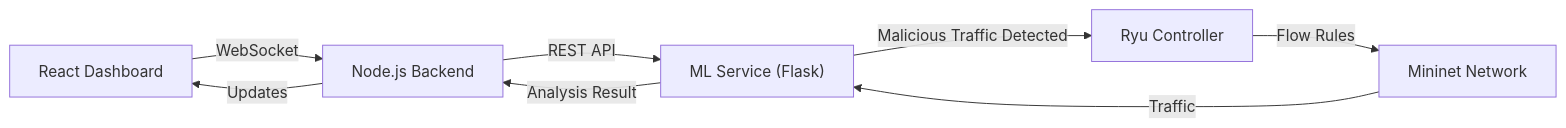
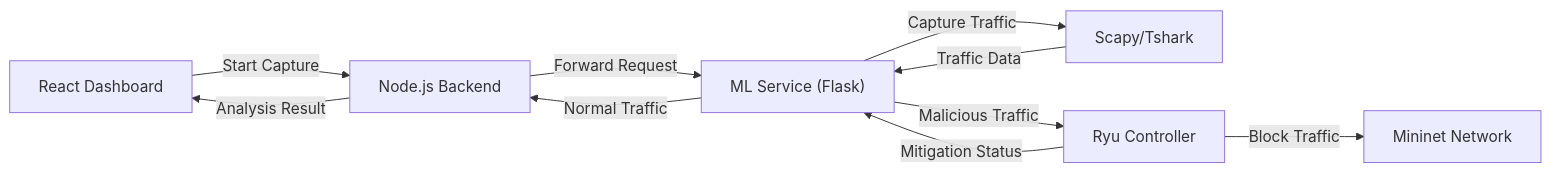
One commit to Akshita3104/Sentinel-AI changed the first of 4 diagrams in README.md. Above: the diagram before and after it, drawn with Mermaid. The commit also changed other lines of this file, not shown here.

````diff
--- a/README.md
+++ b/README.md
@@ -65,10 +65,12 @@
 ```mermaid
 flowchart LR
-    UI["React Dashboard"] -- WebSocket --> BE["Node.js Backend"]
-    BE -- REST API --> ML["ML Service (Flask)"]
-    Mininet["Mininet Network"] -- Traffic --> ML
-    ML -- Analysis Result --> BE
-    BE -- Updates --> UI
-    ML -- Malicious Traffic Detected --> Ryu["Ryu Controller"]
-    Ryu -- Flow Rules --> Mininet
+    UI["React Dashboard"] -- Start Capture --> BE["Node.js Backend"]
+    BE -- Forward Request --> ML["ML Service (Flask)"]
+    ML -- Capture Traffic --> Scapy["Scapy/Tshark"]
+    Scapy -- Traffic Data --> ML
+    ML -- Normal Traffic --> BE
+    ML -- Malicious Traffic --> Ryu["Ryu Controller"]
+    Ryu -- Block Traffic --> Mininet["Mininet Network"]
+    Ryu -- Mitigation Status --> ML
+    BE -- Analysis Result --> UI
 ```
````
